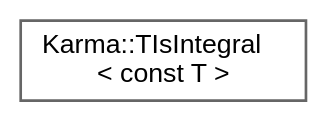
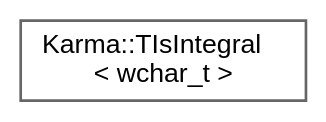
Before and after one commit to ravimohan1991/KarmaEngine: the diagram in inherit_graph_95.dot, drawn with Graphviz. The commit also changed 1580 other files, not shown here.

```diff
--- a/inherit_graph_95.dot
+++ b/inherit_graph_95.dot
@@ -1,9 +1,9 @@
 digraph "Graphical Class Hierarchy"
 {
  // LATEX_PDF_SIZE
   bgcolor="transparent";
   edge [fontname=Helvetica,fontsize=10,labelfontname=Helvetica,labelfontsize=10];
   node [fontname=Helvetica,fontsize=10,shape=box,height=0.2,width=0.4];
   rankdir="LR";
-  Node0 [id="Node000000",label="Karma::TIsIntegral\l\< const T \>",height=0.2,width=0.4,color="grey40", fillcolor="white", style="filled",URL="$struct_karma_1_1_t_is_integral_3_01const_01_t_01_4.html",tooltip=" "];
+  Node0 [id="Node000000",label="Karma::TIsIntegral\l\< wchar_t \>",height=0.2,width=0.4,color="grey40", fillcolor="white", style="filled",URL="$struct_karma_1_1_t_is_integral_3_01wchar__t_01_4.html",tooltip=" "];
 }
```
